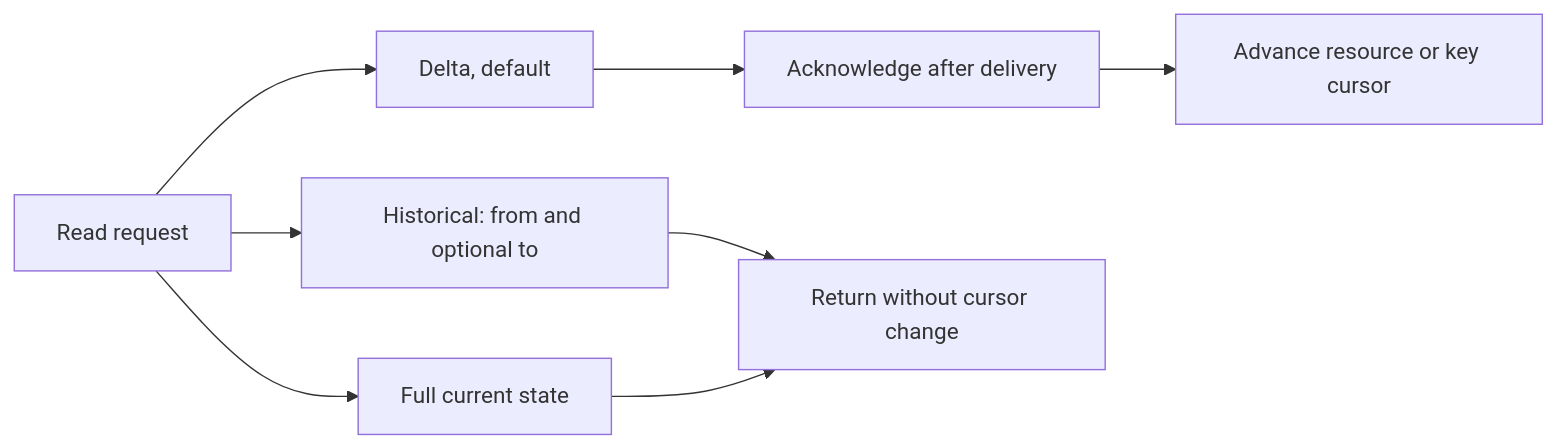
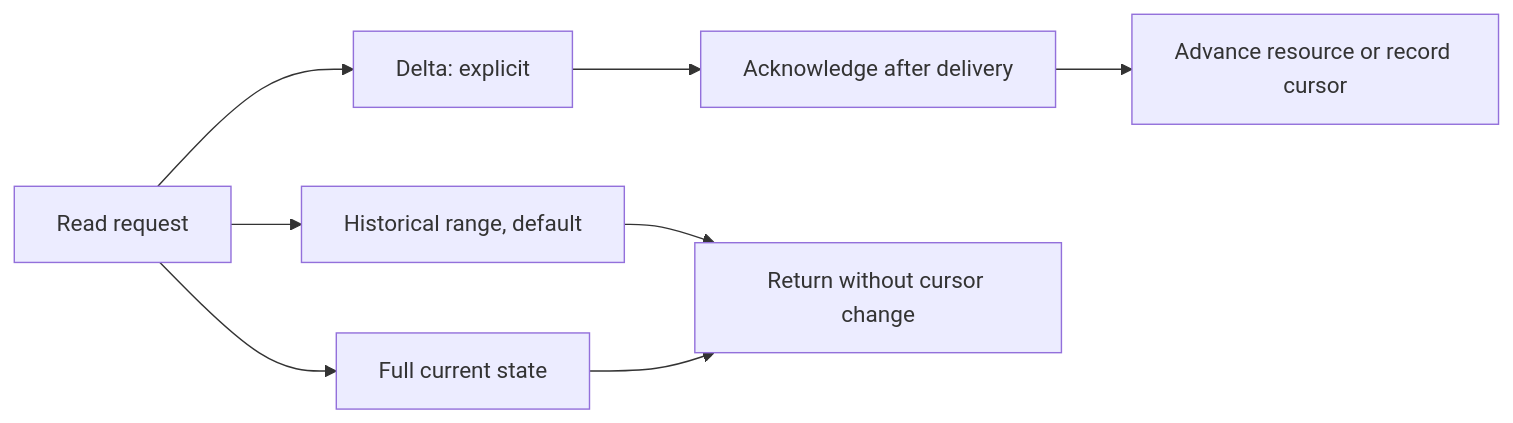
The third of 7 diagrams in docs/use-case.md (danlavee/Conductor), drawn with Mermaid before and after one commit. The commit also changed other lines of this file and 84 other files, not shown here.

````diff
--- a/docs/use-case.md
+++ b/docs/use-case.md
@@ -72,10 +72,10 @@
 ```mermaid
 flowchart LR
-    R["Read request"] --> D["Delta, default"]
-    R --> H["Historical: from and optional to"]
+    R["Read request"] --> H["Historical range, default"]
+    R --> D["Delta: explicit"]
     R --> F["Full current state"]
     D --> A["Acknowledge after delivery"]
-    A --> C["Advance resource or key cursor"]
+    A --> C["Advance resource or record cursor"]
     H --> N["Return without cursor change"]
     F --> N
 ```
````
